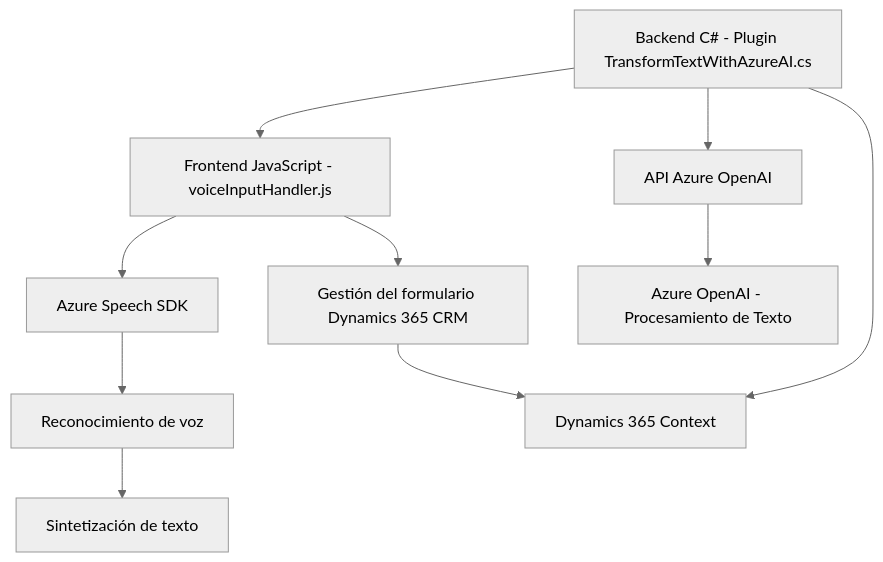
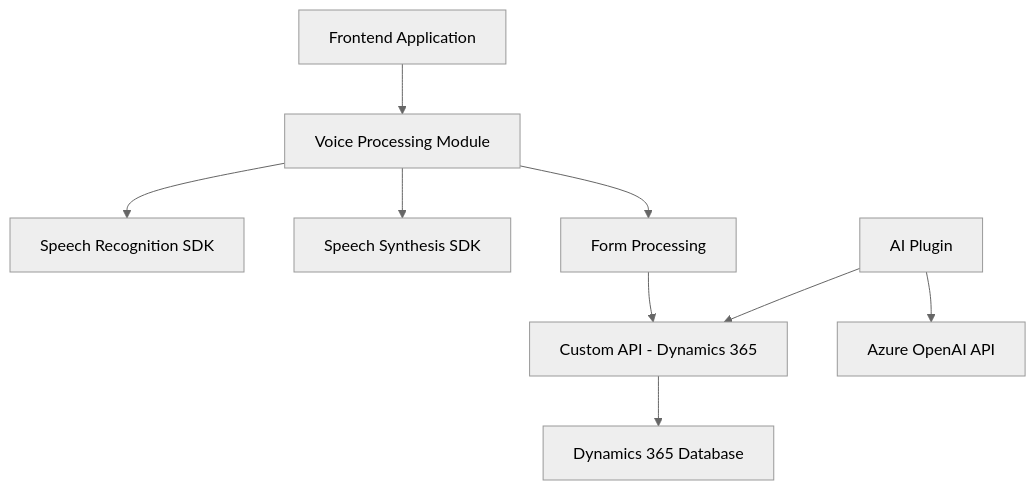
The diagram in README.md (blopezdm/NETCORE_BILBAO2025), drawn with Mermaid (neutral theme) before and after one commit. The commit also changed other lines of this file, not shown here.

````diff
--- a/README.md
+++ b/README.md
@@ -37,14 +28,21 @@
 ```mermaid
 graph TD
-    A["Frontend JavaScript - voiceInputHandler.js"] --> B["Azure Speech SDK"]
-    B --> C["Reconocimiento de voz"]
-    C --> D["Sintetización de texto"]
-    A --> E["Gestión del formulario Dynamics 365 CRM"]
+    A["Frontend Application"]
+    B["Voice Processing Module"]
+    C["Speech Recognition SDK"]
+    D["Custom API - Dynamics 365"]
+    E["Speech Synthesis SDK"]
+    F["Form Processing"]
+    G["AI Plugin"]
+    H["Azure OpenAI API"]
+    I["Dynamics 365 Database"]
     
-    F["Backend C# - Plugin TransformTextWithAzureAI.cs"] --> G["Dynamics 365 Context"]
-    F --> H["API Azure OpenAI"]
-    H --> I["Azure OpenAI - Procesamiento de Texto"]
-    
-    E --> G
-    F --> A
+    A --> B
+    B --> C
+    B --> E
+    B --> F
+    F --> D
+    D --> I
+    G --> H
+    G --> D
 ```
````
